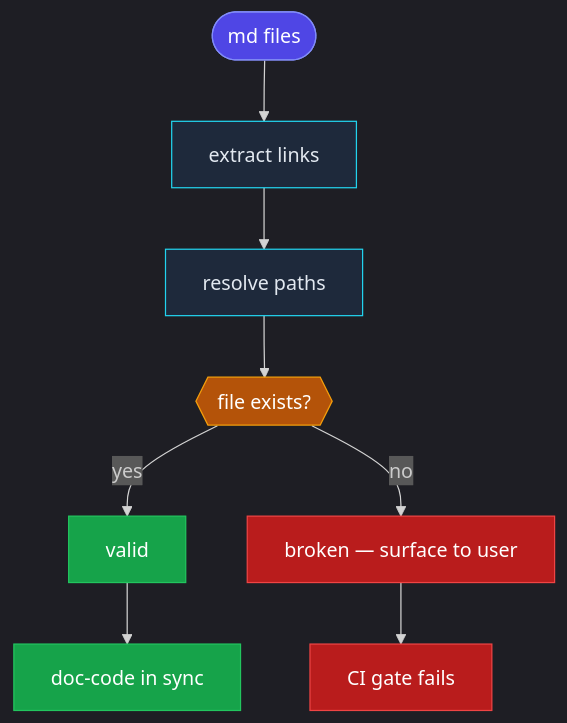
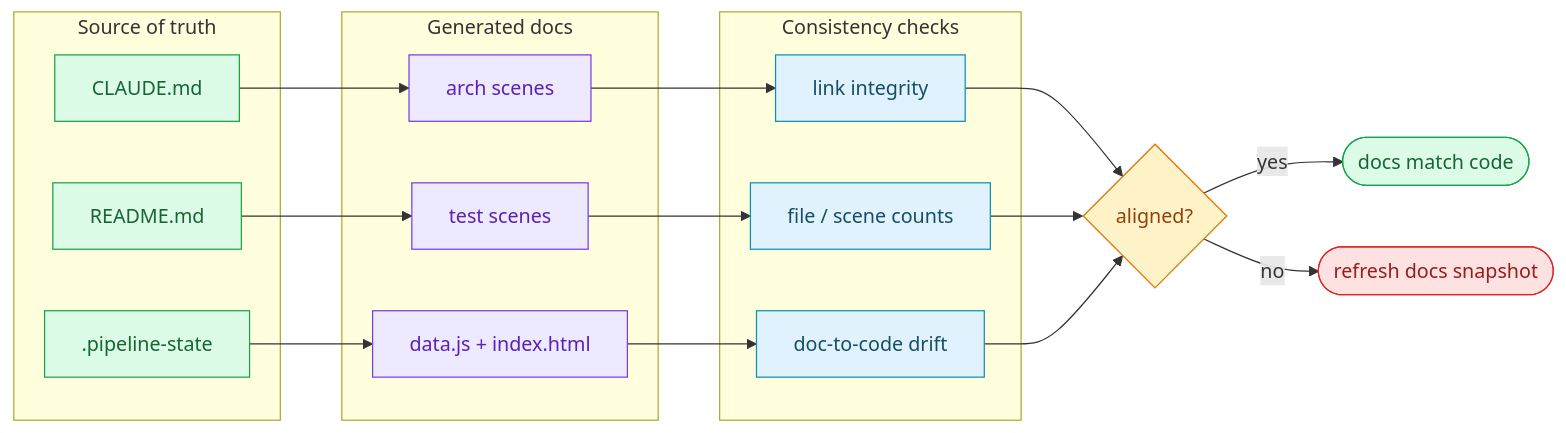
Before and after one commit to effiy/YrY: the diagram in .claude/docs/test/scene-3-doc-code-consistency/index.md, drawn with Mermaid. The commit also changed other lines of this file and 32 other files, not shown here.

First line of the commit message:
docs: standardize mermaid diagrams and add summaries

````diff
--- a/.claude/docs/test/scene-3-doc-code-consistency/index.md
+++ b/.claude/docs/test/scene-3-doc-code-consistency/index.md
@@ -20,26 +10,36 @@
 ```mermaid
-%%{init: {'theme':'dark','flowchart':{'htmlLabels':true}}}%%
-flowchart TD
-  A([md files]):::input
-  B[extract links]:::step
-  C[resolve paths]:::step
-  D{{file exists?}}:::decision
-  E[valid]:::pass
-  F[broken — surface to user]:::fail
-  G[CI gate fails]:::fail
-  H[doc-code in sync]:::pass
+flowchart LR
+  subgraph truth[Source of truth]
+    claude[CLAUDE.md]:::source
+    readme[README.md]:::source
+    pipeline[.pipeline-state]:::source
+  end
+  subgraph docs[Generated docs]
+    arch[arch scenes]:::doc
+    test[test scenes]:::doc
+    home[data.js + index.html]:::doc
+  end
+  subgraph checks[Consistency checks]
+    links[link integrity]:::check
+    counts[file / scene counts]:::check
+    drift[doc-to-code drift]:::check
+  end
+  claude --> arch
+  readme --> test
+  pipeline --> home
+  arch --> links
+  test --> counts
+  home --> drift
+  links --> gate{aligned?}:::decision
+  counts --> gate
+  drift --> gate
+  gate -->|yes| ok([docs match code]):::done
+  gate -->|no| fix([refresh docs snapshot]):::risk
 
-  A --> B
-  B --> C
-  C --> D
-  D -- yes --> E
-  D -- no --> F
-  F --> G
-  E --> H
-
-  classDef input fill:#4f46e5,stroke:#818cf8,color:#fff
-  classDef step fill:#1e293b,stroke:#22d3ee,color:#e2e8f0
-  classDef decision fill:#b45309,stroke:#f59e0b,color:#fff
-  classDef pass fill:#16a34a,stroke:#22c55e,color:#fff
-  classDef fail fill:#b91c1c,stroke:#ef4444,color:#fff
+  classDef source fill:#dcfce7,stroke:#16a34a,color:#166534
+  classDef doc fill:#ede9fe,stroke:#7c3aed,color:#5b21b6
+  classDef check fill:#e0f2fe,stroke:#0891b2,color:#164e63
+  classDef decision fill:#fef3c7,stroke:#d97706,color:#92400e
+  classDef done fill:#dcfce7,stroke:#16a34a,color:#166534
+  classDef risk fill:#fee2e2,stroke:#dc2626,color:#991b1b
 ```
````
